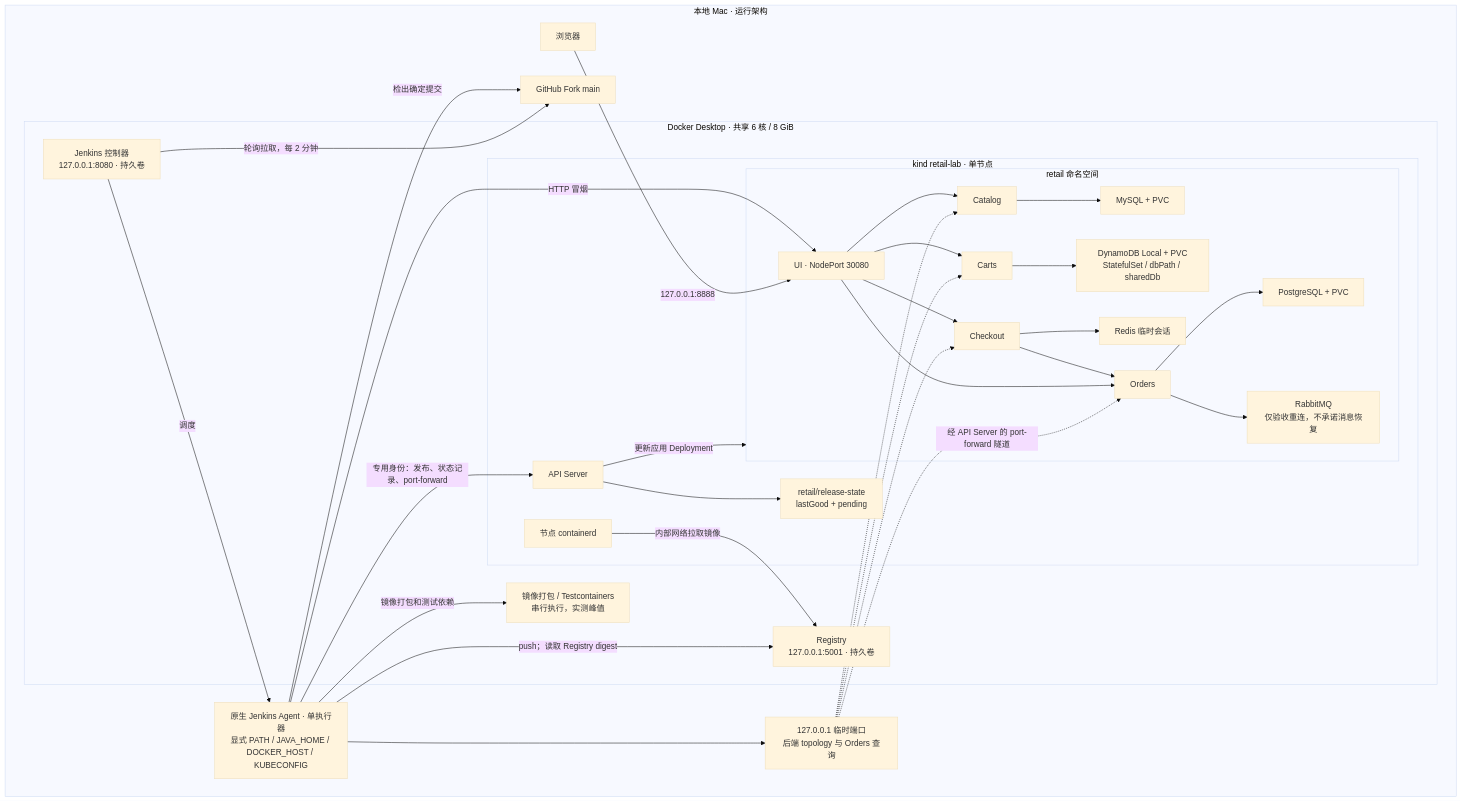
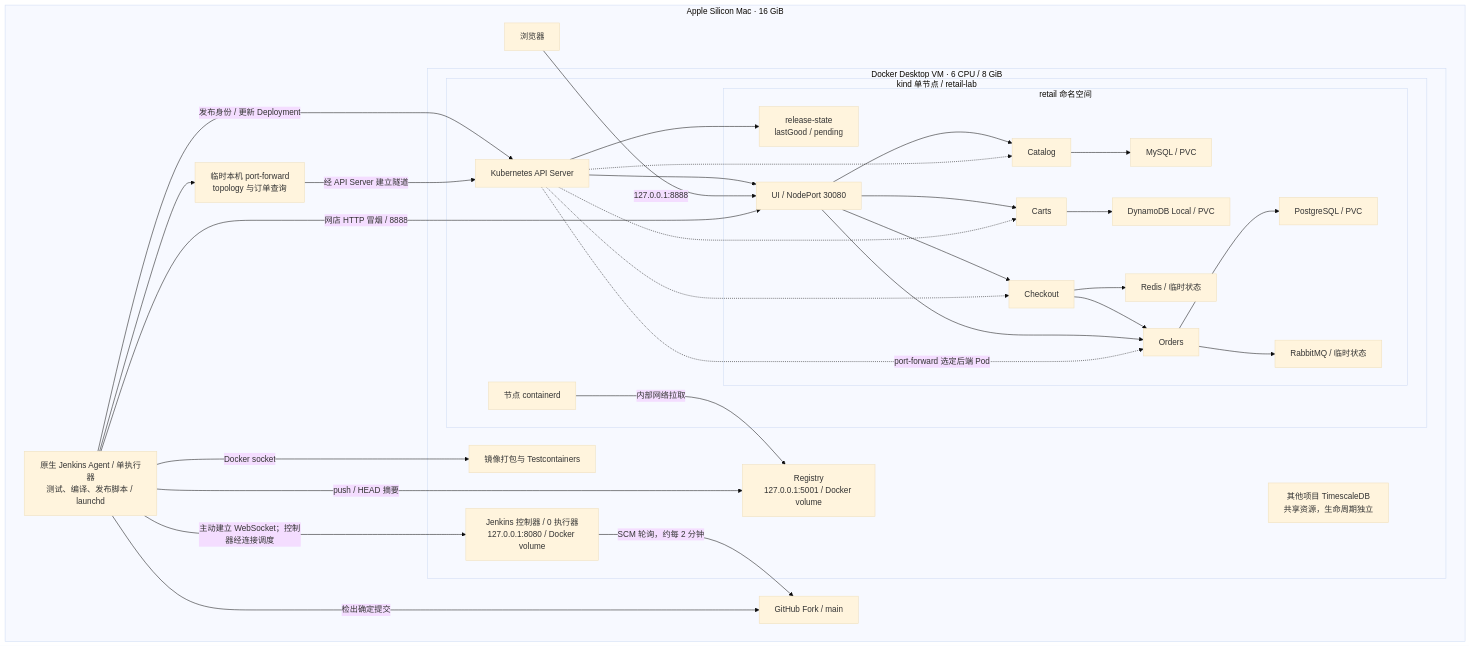
One commit to HangerLIN/retail-store-sample-app changed the diagram in learning/architecture.mmd. Above: the diagram before and after it, drawn with Mermaid (base theme). The commit also changed 3 other files, not shown here.

Commit message:
Document implemented local lab architecture and verified boundaries

```diff
--- a/learning/architecture.mmd
+++ b/learning/architecture.mmd
@@ -1,46 +1,48 @@
 flowchart TB
-    Git["GitHub Fork main"]
-    subgraph Mac["本地 Mac · 运行架构"]
+    Git["GitHub Fork / main"]
+    subgraph Mac["Apple Silicon Mac · 16 GiB"]
         Browser["浏览器"]
-        Agent["原生 Jenkins Agent · 单执行器<br/>显式 PATH / JAVA_HOME / DOCKER_HOST / KUBECONFIG"]
-        Forward["127.0.0.1 临时端口<br/>后端 topology 与 Orders 查询"]
-        subgraph Docker["Docker Desktop · 共享 6 核 / 8 GiB"]
-            Jenkins["Jenkins 控制器<br/>127.0.0.1:8080 · 持久卷"]
-            Registry["Registry<br/>127.0.0.1:5001 · 持久卷"]
-            Build["镜像打包 / Testcontainers<br/>串行执行，实测峰值"]
-            subgraph Kind["kind retail-lab · 单节点"]
-                API["API Server"]
+        Agent["原生 Jenkins Agent / 单执行器<br/>测试、编译、发布脚本 / launchd"]
+        PF["临时本机 port-forward<br/>topology 与订单查询"]
+        subgraph Docker["Docker Desktop VM · 6 CPU / 8 GiB"]
+            Jenkins["Jenkins 控制器 / 0 执行器<br/>127.0.0.1:8080 / Docker volume"]
+            Registry["Registry<br/>127.0.0.1:5001 / Docker volume"]
+            Build["镜像打包与 Testcontainers"]
+            Other["其他项目 TimescaleDB<br/>共享资源，生命周期独立"]
+            subgraph Kind["kind 单节点 / retail-lab"]
+                API["Kubernetes API Server"]
                 Runtime["节点 containerd"]
-                State["retail/release-state<br/>lastGood + pending"]
-                subgraph Retail["retail 命名空间"]
-                    UI["UI · NodePort 30080"]
-                    Catalog["Catalog"] --> MySQL["MySQL + PVC"]
-                    Carts["Carts"] --> Dynamo["DynamoDB Local + PVC<br/>StatefulSet / dbPath / sharedDb"]
-                    Checkout["Checkout"] --> Redis["Redis 临时会话"]
+                subgraph NS["retail 命名空间"]
+                    State["release-state<br/>lastGood / pending"]
+                    UI["UI / NodePort 30080"]
+                    Catalog["Catalog"] --> MySQL["MySQL / PVC"]
+                    Carts["Carts"] --> Dynamo["DynamoDB Local / PVC"]
+                    Checkout["Checkout"] --> Redis["Redis / 临时状态"]
                     Checkout --> Orders["Orders"]
-                    Orders --> Postgres["PostgreSQL + PVC"]
-                    Orders --> Rabbit["RabbitMQ<br/>仅验收重连，不承诺消息恢复"]
+                    Orders --> PG["PostgreSQL / PVC"]
+                    Orders --> MQ["RabbitMQ / 临时状态"]
                     UI --> Catalog
                     UI --> Carts
                     UI --> Checkout
                     UI --> Orders
                 end
             end
         end
-        Jenkins -->|"轮询拉取，每 2 分钟"| Git
+        Jenkins -->|"SCM 轮询，约每 2 分钟"| Git
         Agent -->|"检出确定提交"| Git
-        Jenkins -->|"调度"| Agent
-        Agent -->|"镜像打包和测试依赖"| Build
-        Agent -->|"push；读取 Registry digest"| Registry
-        Runtime -->|"内部网络拉取镜像"| Registry
-        Agent -->|"专用身份：发布、状态记录、port-forward"| API
-        API -->|"更新应用 Deployment"| Retail
+        Agent -->|"主动建立 WebSocket；控制器经连接调度"| Jenkins
+        Agent -->|"Docker socket"| Build
+        Agent -->|"push / HEAD 摘要"| Registry
+        Runtime -->|"内部网络拉取"| Registry
+        Agent -->|"发布身份 / 更新 Deployment"| API
         API --> State
-        Agent -->|"HTTP 冒烟"| UI
+        API --> UI
         Browser -->|"127.0.0.1:8888"| UI
-        Agent --> Forward
-        Forward -.->|"经 API Server 的 port-forward 隧道"| Orders
-        Forward -.-> Catalog
-        Forward -.-> Carts
-        Forward -.-> Checkout
+        Agent -->|"网店 HTTP 冒烟 / 8888"| UI
+        Agent --> PF
+        PF -->|"经 API Server 建立隧道"| API
+        API -.->|"port-forward 选定后端 Pod"| Orders
+        API -.-> Catalog
+        API -.-> Carts
+        API -.-> Checkout
     end
```
